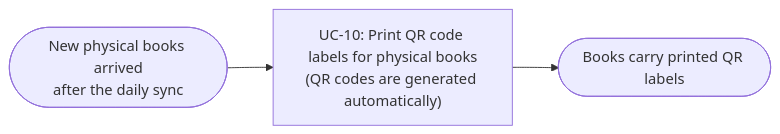
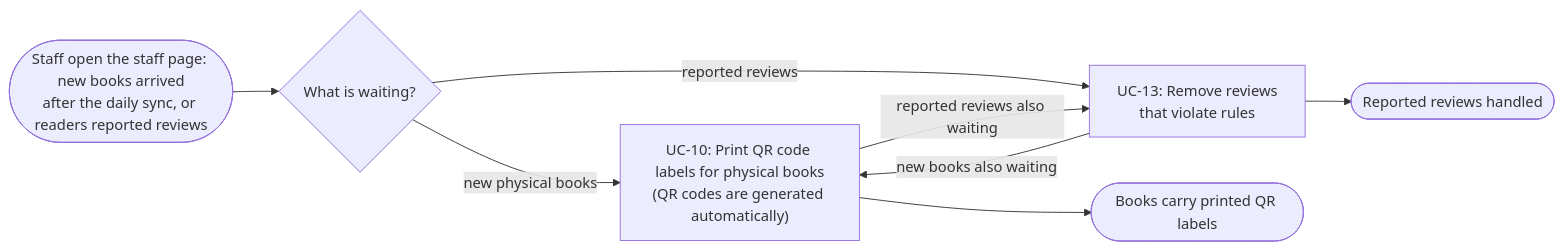
One commit to chihvcte-beep/dbiz2-group-h changed the fourth of 4 diagrams in [DBIZ 2] GROUP H/EXTERNAL DESIGN/usage-flow.md. Above: the diagram before and after it, drawn with Mermaid. The commit also changed other lines of this file and 2 other files, not shown here.

First line of the commit message:
Usage flow: join the flows that had one use case per path

````diff
--- a/[DBIZ 2] GROUP H/EXTERNAL DESIGN/usage-flow.md
+++ b/[DBIZ 2] GROUP H/EXTERNAL DESIGN/usage-flow.md
@@ -175,5 +162,10 @@
 ```mermaid
 flowchart LR
-  A(["New physical books arrived<br>after the daily sync"]) --> U10["UC-10: Print QR code labels for physical books<br>(QR codes are generated automatically)"]
-  U10 --> Z(["Books carry printed QR labels"])
+  A(["Staff open the staff page: new books arrived<br>after the daily sync, or readers reported reviews"]) --> D{"What is waiting?"}
+  D -->|"new physical books"| U10["UC-10: Print QR code labels for physical books<br>(QR codes are generated automatically)"]
+  D -->|"reported reviews"| U13["UC-13: Remove reviews<br>that violate rules"]
+  U10 -->|"reported reviews also waiting"| U13
+  U13 -->|"new books also waiting"| U10
+  U10 --> Z1(["Books carry printed QR labels"])
+  U13 --> Z2(["Reported reviews handled"])
 ```
````
